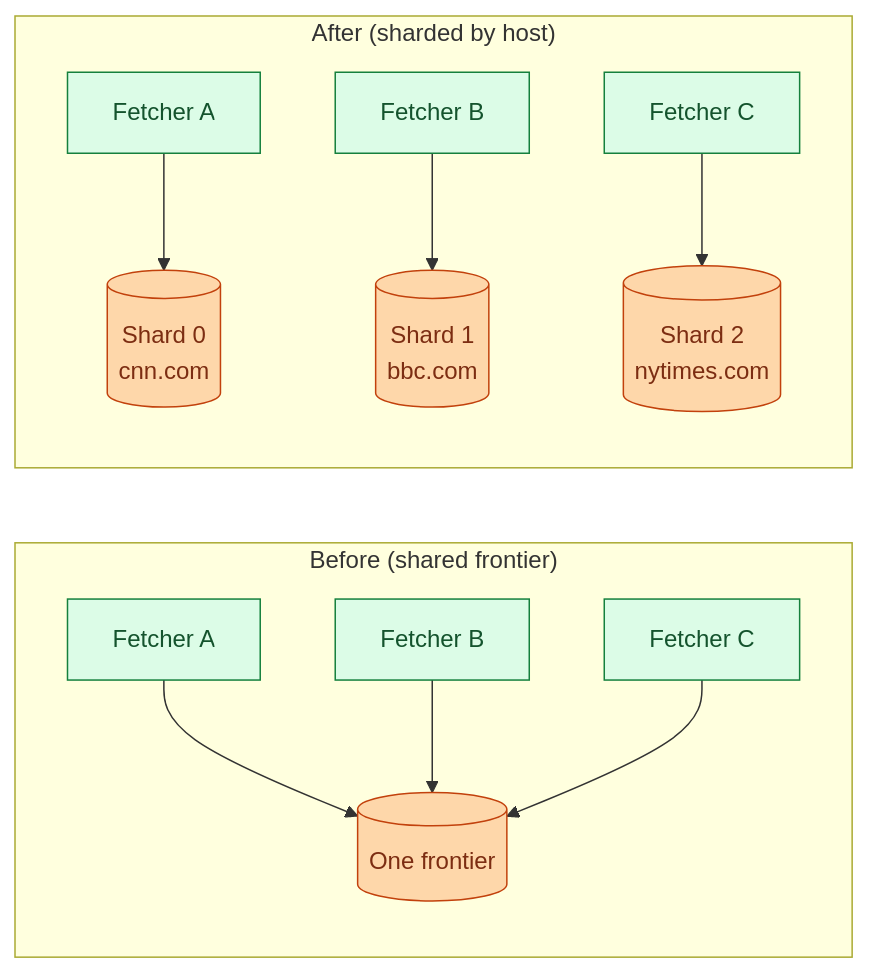
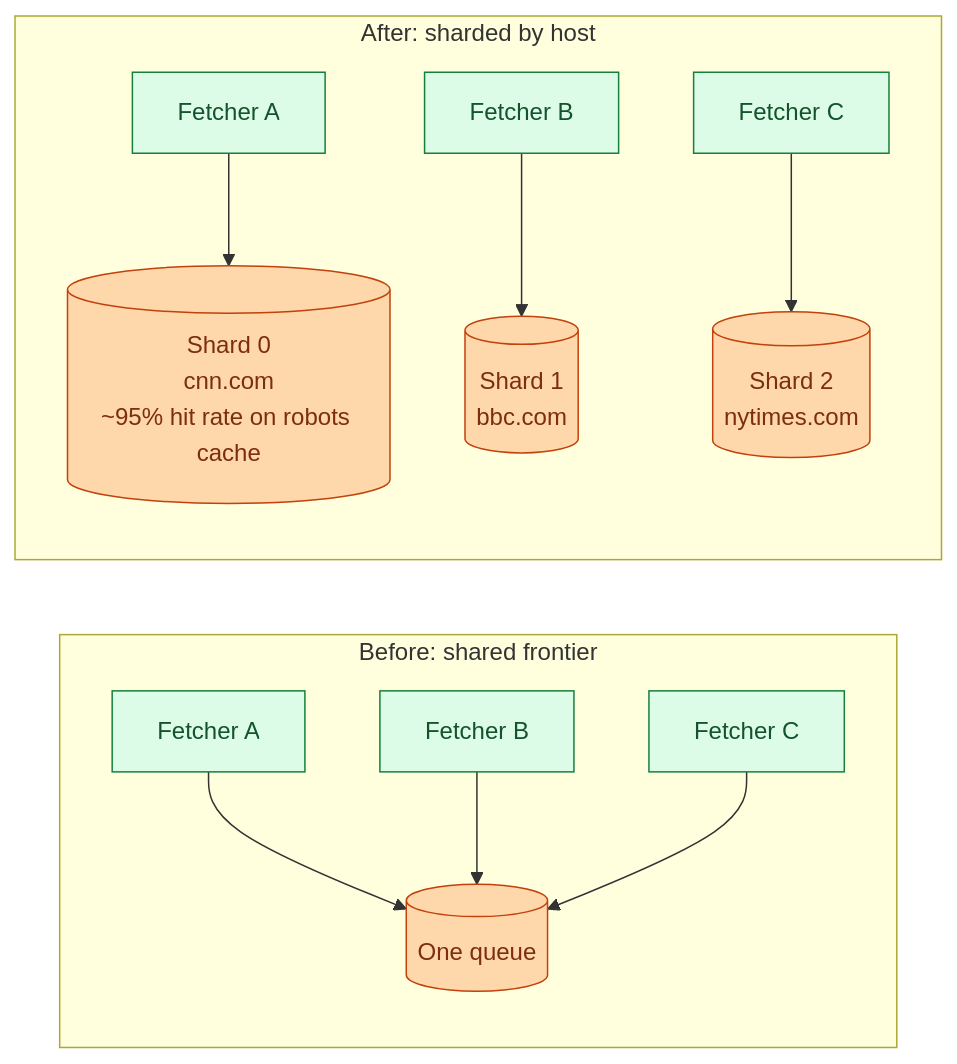
One commit to shiningflash/system-design changed the third of 9 diagrams in problems/008-web-crawler/question.md. Above: the diagram before and after it, drawn with Mermaid. The commit also changed other lines of this file and 37 other files, not shown here.

````diff
--- a/problems/008-web-crawler/question.md
+++ b/problems/008-web-crawler/question.md
@@ -246,16 +159,16 @@
 ```mermaid
 flowchart LR
-    subgraph "Before (shared frontier)"
-        F1[Fetcher A]:::app --> Q1[("One frontier")]:::db
+    subgraph "Before: shared frontier"
+        F1[Fetcher A]:::app --> Q1[("One queue")]:::db
         F2[Fetcher B]:::app --> Q1
         F3[Fetcher C]:::app --> Q1
     end
-    subgraph "After (sharded by host)"
-        FA[Fetcher A]:::app --> SA[("Shard 0<br/>cnn.com")]:::db
+    subgraph "After: sharded by host"
+        FA[Fetcher A]:::app --> SA[("Shard 0<br/>cnn.com<br/>~95% hit rate on robots cache")]:::db
         FB[Fetcher B]:::app --> SB[("Shard 1<br/>bbc.com")]:::db
         FC[Fetcher C]:::app --> SC[("Shard 2<br/>nytimes.com")]:::db
     end
 
     classDef app fill:#dcfce7,stroke:#15803d,color:#14532d
     classDef db fill:#fed7aa,stroke:#c2410c,color:#7c2d12
 ```
````
